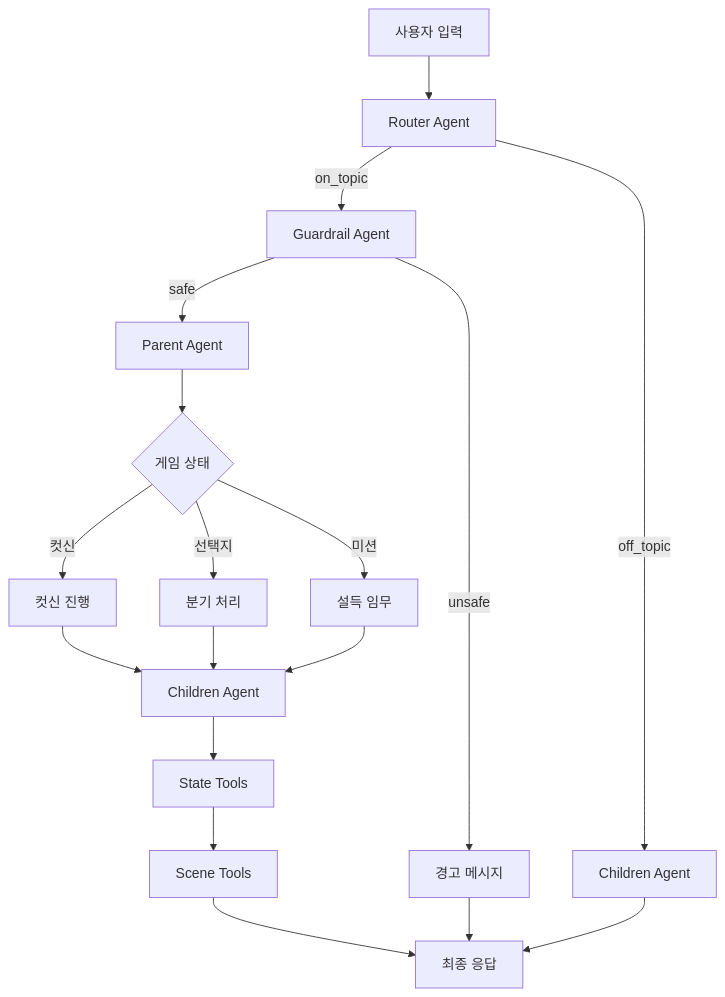
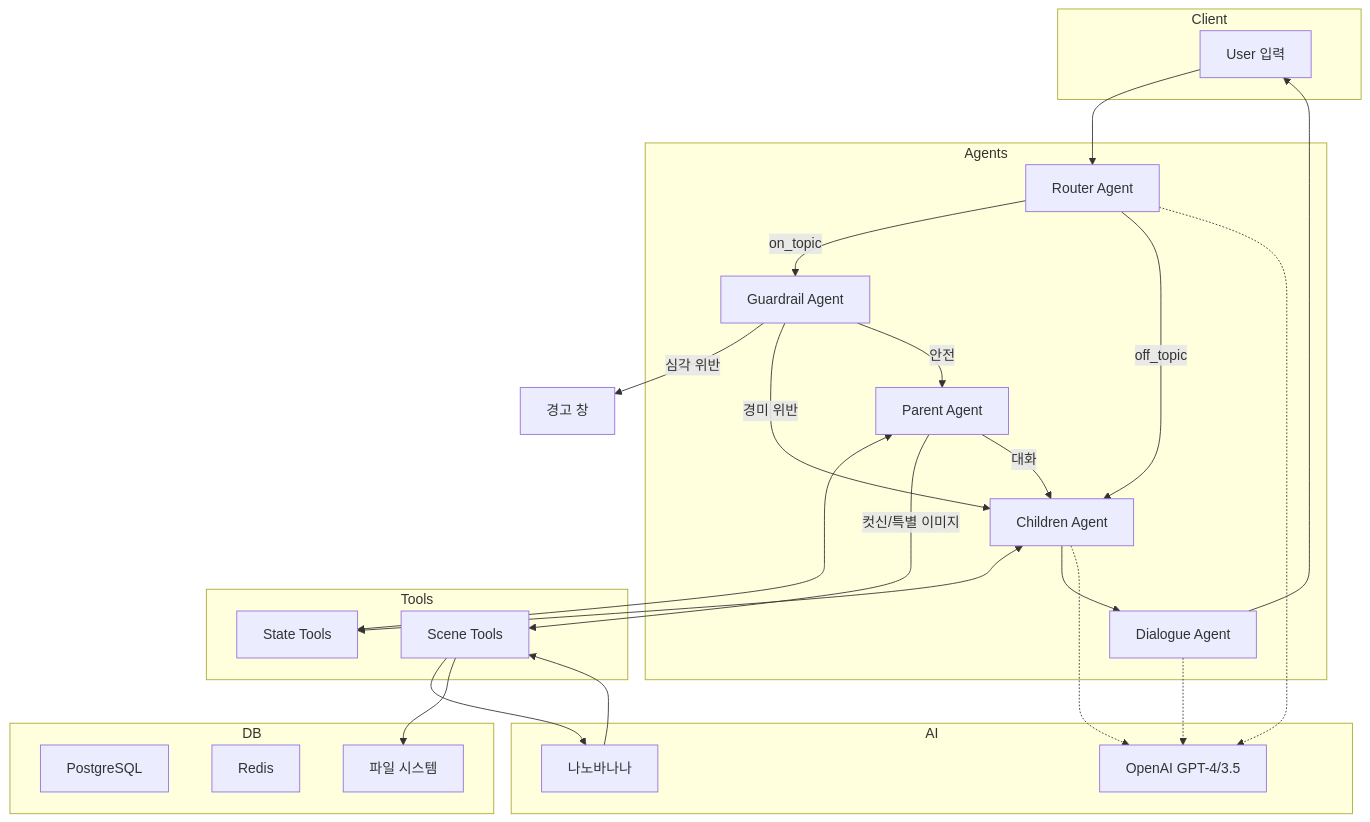
One commit to SKNETWORKS-FAMILY-AICAMP/SKN15-FINAL-5TEAM changed the first of 7 diagrams in documents/in_progress/system-architecture.md. Above: the diagram before and after it, drawn with Mermaid. The commit also changed other lines of this file, not shown here.

````diff
--- a/documents/in_progress/system-architecture.md
+++ b/documents/in_progress/system-architecture.md
@@ -23,20 +12,51 @@
 ```mermaid
-graph TD
-    A[사용자 입력] --> B[Router Agent]
-    B -->|on_topic| C[Guardrail Agent]
-    B -->|off_topic| D[Children Agent]
-    C -->|safe| E[Parent Agent]
-    C -->|unsafe| F[경고 메시지]
-    E --> G{게임 상태}
-    G -->|컷신| H[컷신 진행]
-    G -->|선택지| I[분기 처리]
-    G -->|미션| J[설득 임무]
-    H --> K[Children Agent]
-    I --> K
-    J --> K
-    K --> L[State Tools]
-    L --> M[Scene Tools]
-    M --> N[최종 응답]
-    D --> N
-    F --> N
-```
+flowchart TD
+  subgraph Client
+    U[User 입력]
+  end
+  subgraph Agents
+    R[Router Agent]
+    G[Guardrail Agent]
+    P[Parent Agent]
+    C[Children Agent]
+    D[Dialogue Agent]
+  end
+  subgraph Tools
+    ST[State Tools]
+    SC[Scene Tools]
+  end
+  subgraph AI
+    OAI[OpenAI GPT-4/3.5]
+    NB[나노바나나]
+  end
+  subgraph DB
+    PG[PostgreSQL]
+    RD[Redis]
+    FS[파일 시스템]
+  end
+
+  U --> R
+  R -->|on_topic| G
+  R -->|off_topic| C
+
+  G -->|심각 위반| GW[경고 창]
+  G -->|경미 위반| C
+  G -->|안전| P
+
+  P <--> ST
+  P -->|컷신/특별 이미지| SC
+  P -->|대화| C
+
+  C <--> ST
+  C --> D
+
+  SC --> NB
+  SC --> FS
+  NB --> SC
+
+  D --> U
+
+  R -.-> OAI
+  C -.-> OAI
+  D -.-> OAI
+```  
````
